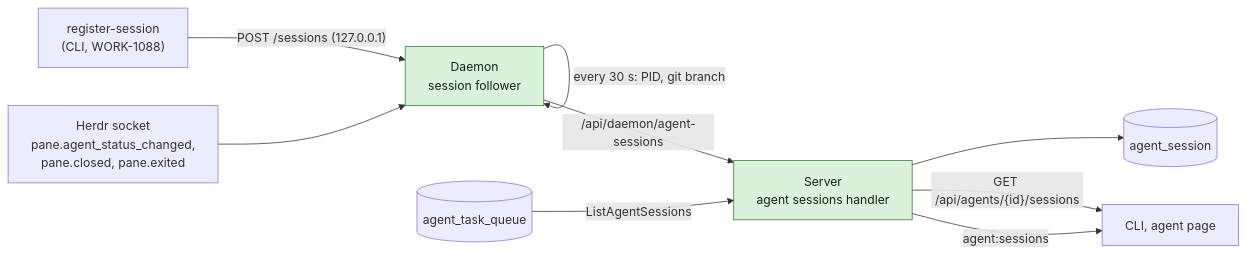
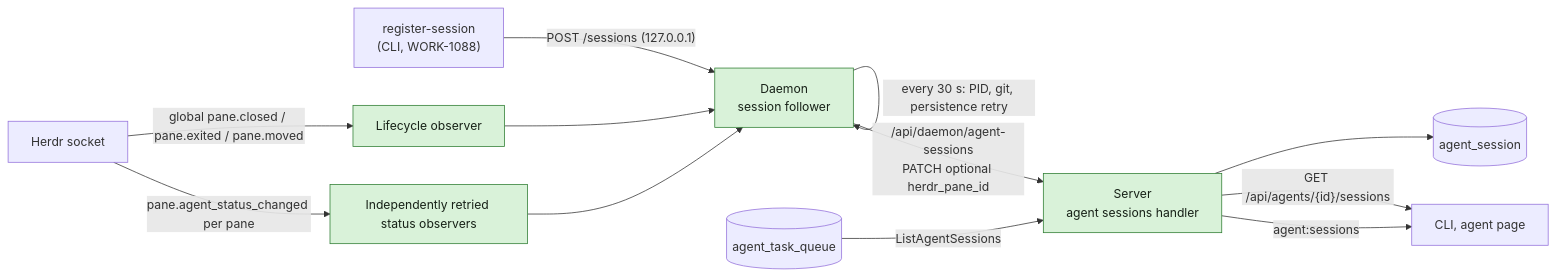
The first of 2 diagrams in specs/openspec/changes/agent-active-sessions/design.md (appboypov/multica), drawn with Mermaid before and after one commit. The commit also changed other lines of this file and 14 other files, not shown here.

Commit message:
feat: expose and follow active agent sessions (WORK-1087)

````diff
--- a/specs/openspec/changes/agent-active-sessions/design.md
+++ b/specs/openspec/changes/agent-active-sessions/design.md
@@ -3,12 +3,15 @@
 ```mermaid
 flowchart LR
   classDef new fill:#d9f2d9,stroke:#2e7d32,color:#172117
   register["register-session<br/>(CLI, WORK-1088)"] -->|"POST /sessions (127.0.0.1)"| follower["Daemon<br/>session follower"]:::new
-  herdr["Herdr socket<br/>pane.agent_status_changed,<br/>pane.closed, pane.exited"] --> follower
-  follower -->|"every 30 s: PID, git branch"| follower
-  follower -->|"/api/daemon/agent-sessions"| api["Server<br/>agent sessions handler"]:::new
+  herdr["Herdr socket"] -->|"global pane.closed / pane.exited / pane.moved"| lifecycle["Lifecycle observer"]:::new
+  herdr -->|"pane.agent_status_changed per pane"| status["Independently retried status observers"]:::new
+  lifecycle --> follower
+  status --> follower
+  follower -->|"every 30 s: PID, git, persistence retry"| follower
+  follower -->|"/api/daemon/agent-sessions<br/>PATCH optional herdr_pane_id"| api["Server<br/>agent sessions handler"]:::new
   api --> table[("agent_session")]
   queue[("agent_task_queue")] -->|"ListAgentSessions"| api
   api -->|"GET /api/agents/{id}/sessions"| readers["CLI, agent page"]
   api -->|"agent:sessions"| readers
 ```
````
